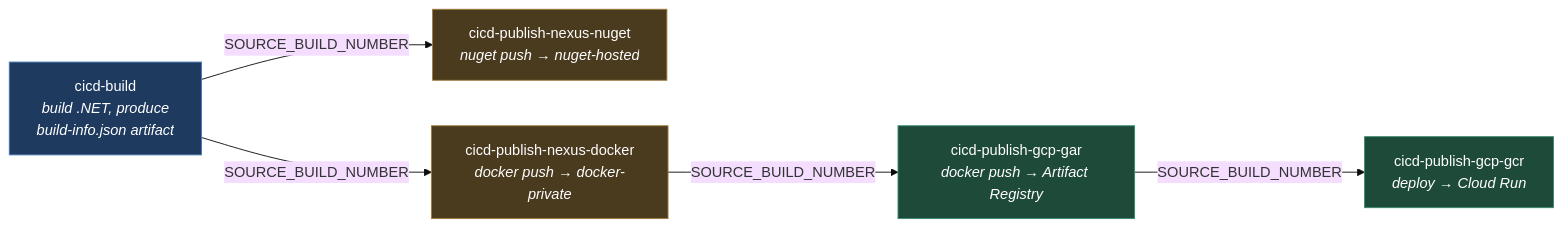
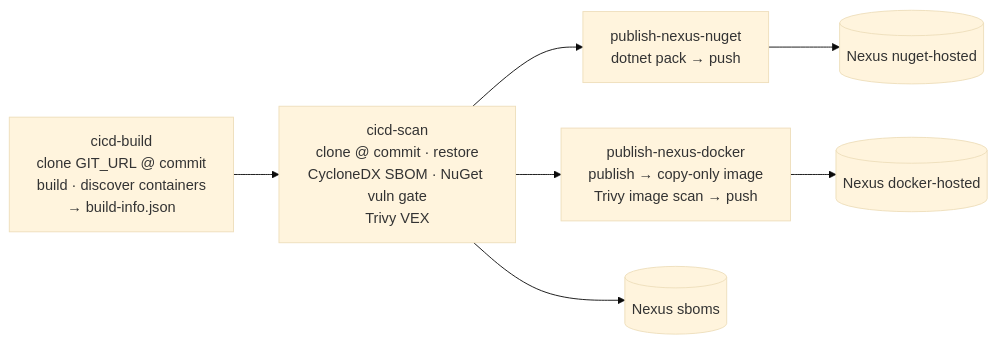
The second of 3 diagrams in docs/architecture.md (michaelheydt-egen/modern-net-smart-build), drawn with Mermaid (base theme) before and after one commit. The commit also changed other lines of this file, not shown here.

First line of the commit message:
docs: rewrite architecture diagram for the current platform (#22)

````diff
--- a/docs/architecture.md
+++ b/docs/architecture.md
@@ -65,21 +80,14 @@
 ```mermaid
 flowchart LR
-    Build["cicd-build<br/><i>build .NET, produce<br/>build-info.json artifact</i>"]
+  A["cicd-build<br/>clone GIT_URL @ commit<br/>build · discover containers<br/>→ build-info.json"]
+  B["cicd-scan<br/>clone @ commit · restore<br/>CycloneDX SBOM · NuGet vuln gate<br/>Trivy VEX"]
+  C["publish-nexus-nuget<br/>dotnet pack → push"]
+  D["publish-nexus-docker<br/>publish → copy-only image<br/>Trivy image scan → push"]
 
-    Nuget["cicd-publish-nexus-nuget<br/><i>nuget push → nuget-hosted</i>"]
-    Docker["cicd-publish-nexus-docker<br/><i>docker push → docker-private</i>"]
-    GAR["cicd-publish-gcp-gar<br/><i>docker push → Artifact Registry</i>"]
-    GCR["cicd-publish-gcp-gcr<br/><i>deploy → Cloud Run</i>"]
-
-    Build -->|"SOURCE_BUILD_NUMBER"| Nuget
-    Build -->|"SOURCE_BUILD_NUMBER"| Docker
-    Docker -->|"SOURCE_BUILD_NUMBER"| GAR
-    GAR -->|"SOURCE_BUILD_NUMBER"| GCR
-
-    classDef build fill:#1e3a5f,stroke:#4a7ab8,color:#fff;
-    classDef nexus fill:#4a3a1e,stroke:#a07a3a,color:#fff;
-    classDef gcp fill:#1e4a3a,stroke:#3a8a6a,color:#fff;
-    class Build build;
-    class Nuget,Docker nexus;
-    class GAR,GCR gcp;
+  A --> B
+  B --> C
+  B --> D
+  C --> NN[("Nexus nuget-hosted")]
+  D --> ND[("Nexus docker-hosted")]
+  B --> NS[("Nexus sboms")]
 ```
````
